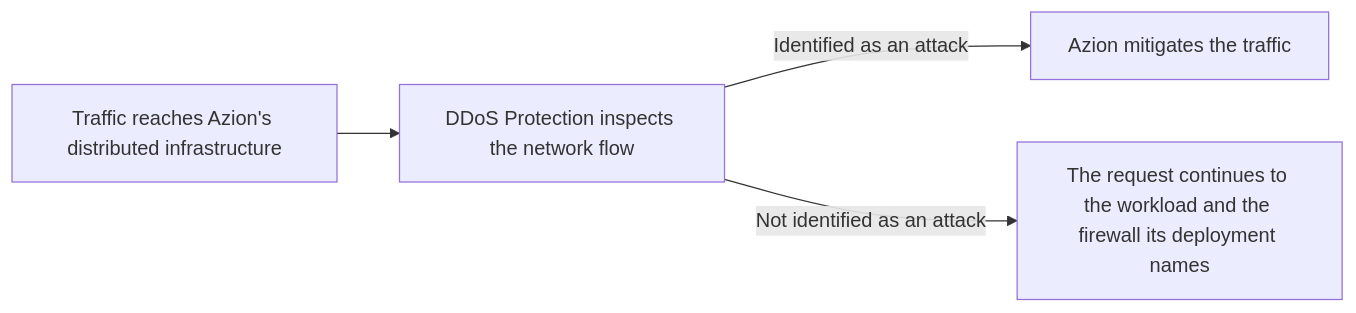
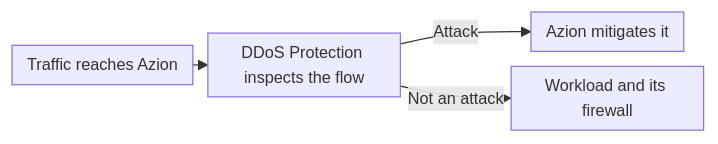
Before and after one commit to aziontech/docs: the fourth of 4 diagrams in src/content/docs/en/pages/secure/workloads/how-it-works.mdx, drawn with Mermaid. The commit also changed other lines of this file and 5 other files, not shown here.

First line of the commit message:
docs(workloads): fit the section's diagrams to the frame without horizontal scroll

````diff
--- a/src/content/docs/en/pages/secure/workloads/how-it-works.mdx
+++ b/src/content/docs/en/pages/secure/workloads/how-it-works.mdx
@@ -196,6 +199,7 @@
 ```mermaid
+%%{init: {"layout": "dagre", "themeVariables": {"fontSize": "13px"}, "flowchart": {"nodeSpacing": 12, "rankSpacing": 12, "padding": 6, "wrappingWidth": 130, "minNodeWidth": 40, "useMaxWidth": true}}}%%
 flowchart LR
-  In["Traffic reaches Azion's distributed infrastructure"] --> Inspect["DDoS Protection inspects the network flow"]
-  Inspect -->|"Identified as an attack"| Mitigate["Azion mitigates the traffic"]
-  Inspect -->|"Not identified as an attack"| Workload["The request continues to the workload and the firewall its deployment names"]
+  In["Traffic reaches Azion"] --> Inspect["DDoS Protection inspects the flow"]
+  Inspect -->|"Attack"| Mitigate["Azion mitigates it"]
+  Inspect -->|"Not an attack"| Workload["Workload and its firewall"]
 ```
````
